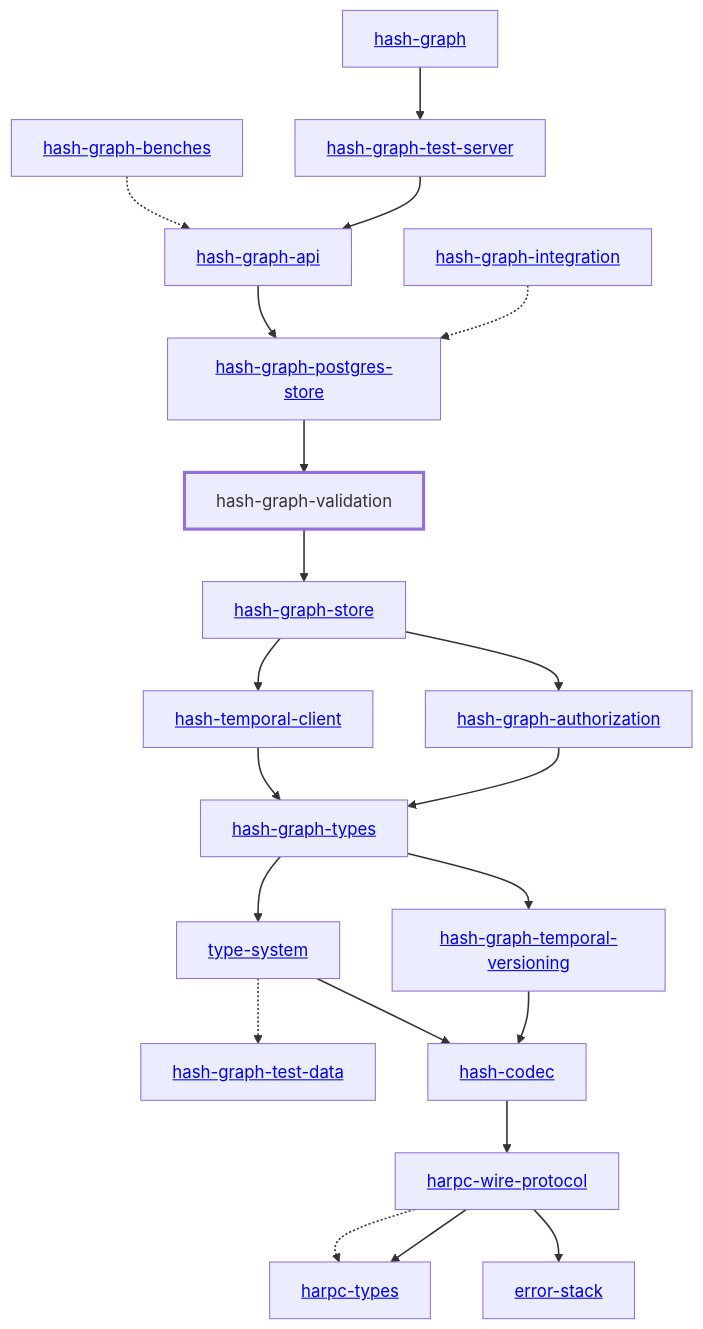
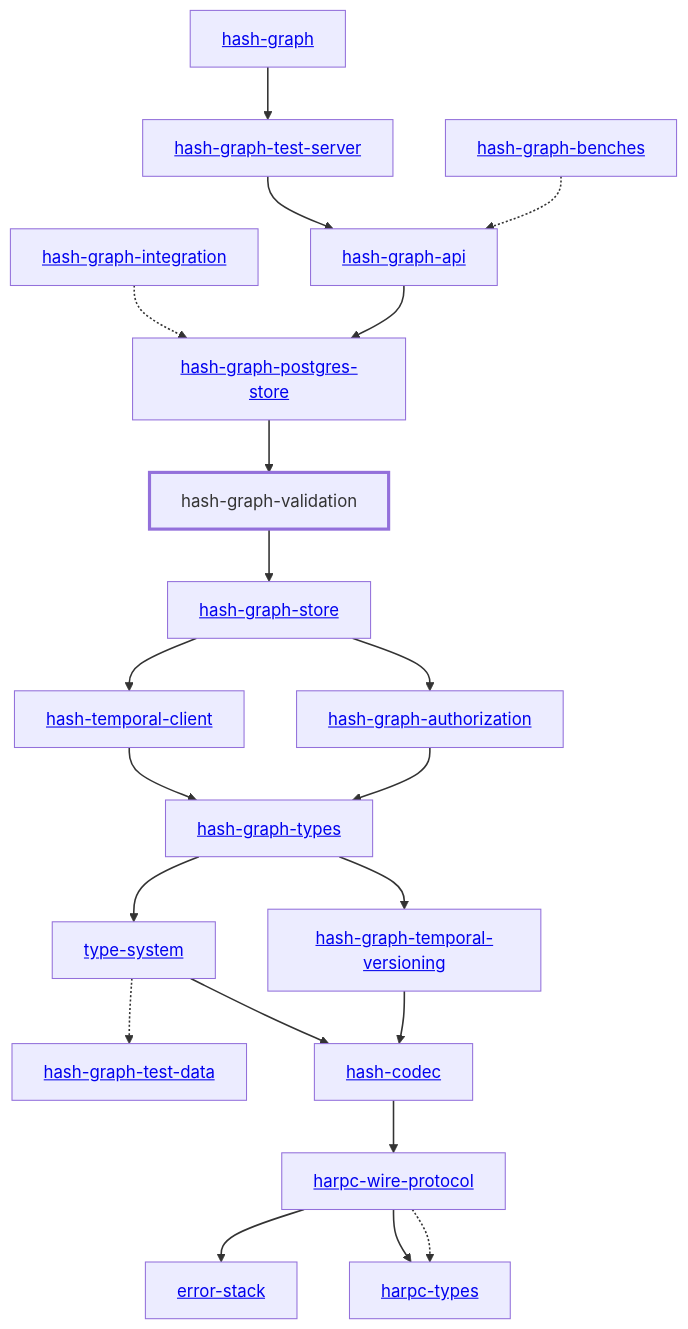
One commit to hashintel/hash changed the diagram in libs/@local/graph/validation/docs/dependency-diagram.mmd. Above: the diagram before and after it, drawn with Mermaid. The commit also changed 31 other files, not shown here.

```diff
--- a/libs/@local/graph/validation/docs/dependency-diagram.mmd
+++ b/libs/@local/graph/validation/docs/dependency-diagram.mmd
@@ -1,49 +1,49 @@
 graph TD
     linkStyle default stroke-width:1.5px
     classDef default stroke-width:1px
     classDef root stroke-width:3px
     classDef dev stroke-width:1px
     classDef build stroke-width:1px
     %% Legend
     %% --> : Normal dependency
     %% -.-> : Dev dependency
     %% ---> : Build dependency
-    0[hash-graph-validation]
-    class 0 root
-    1[<a href="../hash_graph_test_data/index.html">hash-graph-test-data</a>]
-    2[<a href="../hash_graph_temporal_versioning/index.html">hash-graph-temporal-versioning</a>]
-    3[<a href="../type_system/index.html">type-system</a>]
-    4[<a href="../hash_graph_types/index.html">hash-graph-types</a>]
-    5[<a href="../hash_graph_store/index.html">hash-graph-store</a>]
-    6[<a href="../error_stack/index.html">error-stack</a>]
-    7[<a href="../hash_codec/index.html">hash-codec</a>]
-    8[<a href="../hash_temporal_client/index.html">hash-temporal-client</a>]
-    9[<a href="../hash_graph_authorization/index.html">hash-graph-authorization</a>]
-    10[<a href="../harpc_types/index.html">harpc-types</a>]
-    11[<a href="../harpc_wire_protocol/index.html">harpc-wire-protocol</a>]
-    12[<a href="../hash_graph_api/index.html">hash-graph-api</a>]
-    13[<a href="../hash_graph_postgres_store/index.html">hash-graph-postgres-store</a>]
-    14[<a href="../hash_graph/index.html">hash-graph</a>]
-    15[<a href="../hash_graph_benches/index.html">hash-graph-benches</a>]
-    16[<a href="../hash_graph_test_server/index.html">hash-graph-test-server</a>]
-    17[<a href="../hash_graph_integration/index.html">hash-graph-integration</a>]
-    0 --> 5
-    2 --> 7
+    0[<a href="../hash_graph/index.html">hash-graph</a>]
+    1[<a href="../hash_graph_api/index.html">hash-graph-api</a>]
+    2[<a href="../hash_graph_authorization/index.html">hash-graph-authorization</a>]
+    3[<a href="../hash_graph_benches/index.html">hash-graph-benches</a>]
+    4[<a href="../hash_graph_integration/index.html">hash-graph-integration</a>]
+    5[<a href="../hash_graph_types/index.html">hash-graph-types</a>]
+    6[hash-graph-validation]
+    class 6 root
+    7[<a href="../error_stack/index.html">error-stack</a>]
+    8[<a href="../hash_graph_postgres_store/index.html">hash-graph-postgres-store</a>]
+    9[<a href="../hash_graph_store/index.html">hash-graph-store</a>]
+    10[<a href="../hash_graph_temporal_versioning/index.html">hash-graph-temporal-versioning</a>]
+    11[<a href="../hash_graph_test_data/index.html">hash-graph-test-data</a>]
+    12[<a href="../hash_graph_test_server/index.html">hash-graph-test-server</a>]
+    13[<a href="../hash_temporal_client/index.html">hash-temporal-client</a>]
+    14[<a href="../type_system/index.html">type-system</a>]
+    15[<a href="../harpc_types/index.html">harpc-types</a>]
+    16[<a href="../harpc_wire_protocol/index.html">harpc-wire-protocol</a>]
+    17[<a href="../hash_codec/index.html">hash-codec</a>]
+    12 --> 1
+    5 --> 14
+    14 --> 17
+    8 --> 6
+    10 --> 17
+    9 --> 2
+    9 --> 13
+    6 --> 9
+    5 --> 10
+    16 --> 7
+    16 --> 15
+    16 -.-> 15
+    17 --> 16
+    0 --> 12
+    13 --> 5
+    4 -.-> 8
+    14 -.-> 11
+    1 --> 8
+    2 --> 5
     3 -.-> 1
-    3 --> 7
-    4 --> 3
-    4 --> 2
-    5 --> 8
-    5 --> 9
-    7 --> 11
-    8 --> 4
-    9 --> 4
-    11 -.-> 10
-    11 --> 10
-    11 --> 6
-    13 --> 0
-    15 -.-> 12
-    16 --> 12
-    12 --> 13
-    17 -.-> 13
-    14 --> 16
```
